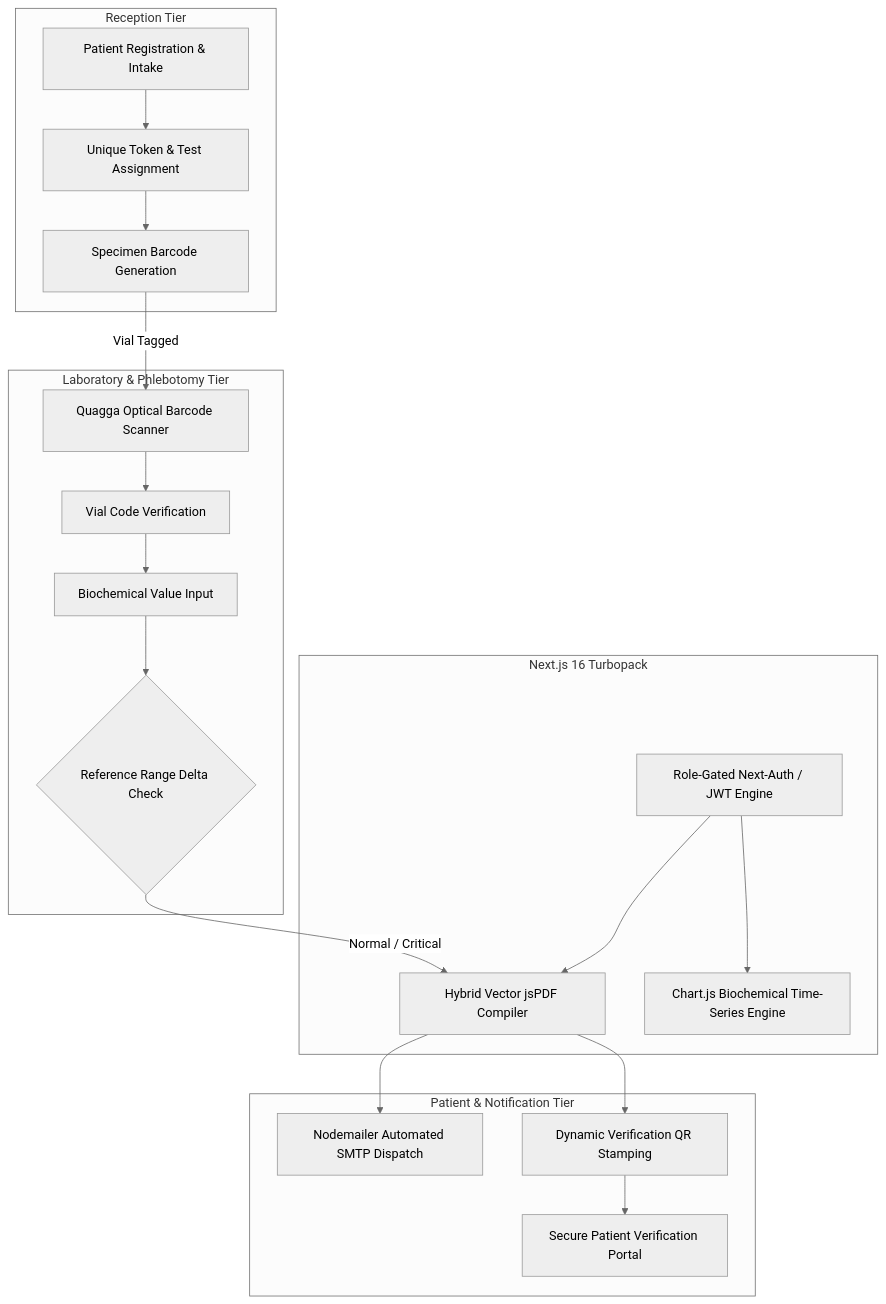
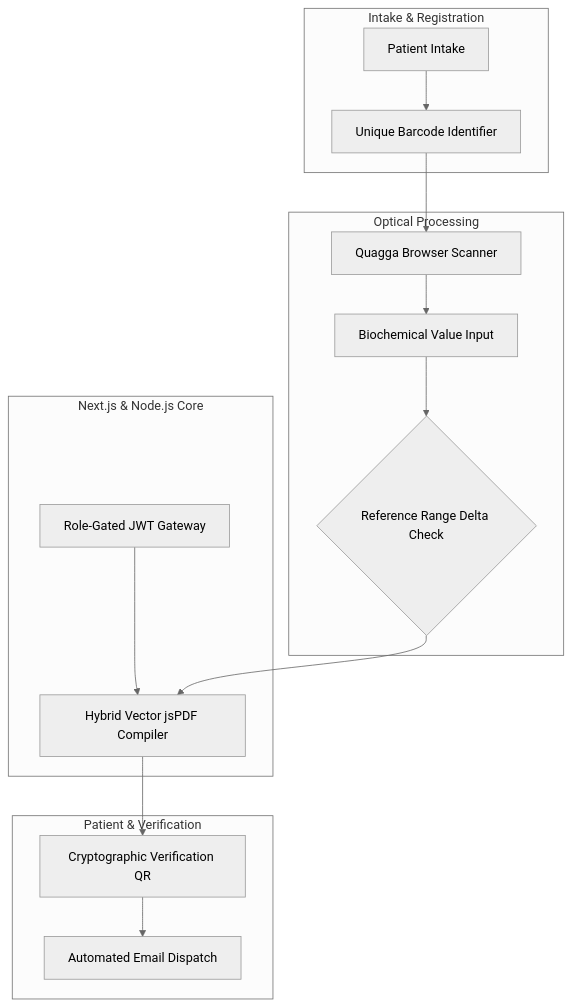
Before and after one commit to MuhammadRayyan08/health-inn-lims-architecture: the diagram in README.md, drawn with Mermaid (neutral theme). The commit also changed other lines of this file, not shown here.

Commit message:
Streamline README: remove icons and condense architecture overview

````diff
--- a/README.md
+++ b/README.md
@@ -20,36 +22,27 @@
 ```mermaid
 flowchart TD
-    subgraph Intake [Reception Tier]
-        P[Patient Registration & Intake]
-        TOKEN[Unique Token & Test Assignment]
-        PRINT[Specimen Barcode Generation]
-        P --> TOKEN --> PRINT
+    subgraph Reception [Intake & Registration]
+        P[Patient Intake]
+        TOKEN[Unique Barcode Identifier]
+        P --> TOKEN
     end
 
-    subgraph Processing [Laboratory & Phlebotomy Tier]
-        SCAN[Quagga Optical Barcode Scanner]
-        V_IN[Vial Code Verification]
+    subgraph Phlebotomy & Lab [Optical Processing]
+        SCAN[Quagga Browser Scanner]
         ENTRY[Biochemical Value Input]
         FLAG{Reference Range Delta Check}
-        SCAN --> V_IN --> ENTRY --> FLAG
+        TOKEN --> SCAN --> ENTRY --> FLAG
     end
 
-    subgraph Edge & Compute Tier [Next.js 16 Turbopack]
-        AUTH[Role-Gated Next-Auth / JWT Engine]
-        PDF_ENG[Hybrid Vector jsPDF Compiler]
-        TREND[Chart.js Biochemical Time-Series Engine]
-        AUTH --> PDF_ENG
-        AUTH --> TREND
+    subgraph Service Tier [Next.js & Node.js Core]
+        PDF[Hybrid Vector jsPDF Compiler]
+        AUTH[Role-Gated JWT Gateway]
+        AUTH --> PDF
     end
 
-    subgraph Delivery [Patient & Notification Tier]
-        PORTAL[Secure Patient Verification Portal]
-        MAIL[Nodemailer Automated SMTP Dispatch]
-        QR[Dynamic Verification QR Stamping]
+    subgraph Delivery [Patient & Verification]
+        QR[Cryptographic Verification QR]
+        SMTP[Automated Email Dispatch]
+        FLAG --> PDF --> QR --> SMTP
     end
-
-    PRINT -- Vial Tagged --> SCAN
-    FLAG -- Normal / Critical --> PDF_ENG
-    PDF_ENG --> QR --> PORTAL
-    PDF_ENG --> MAIL
 ```
````
